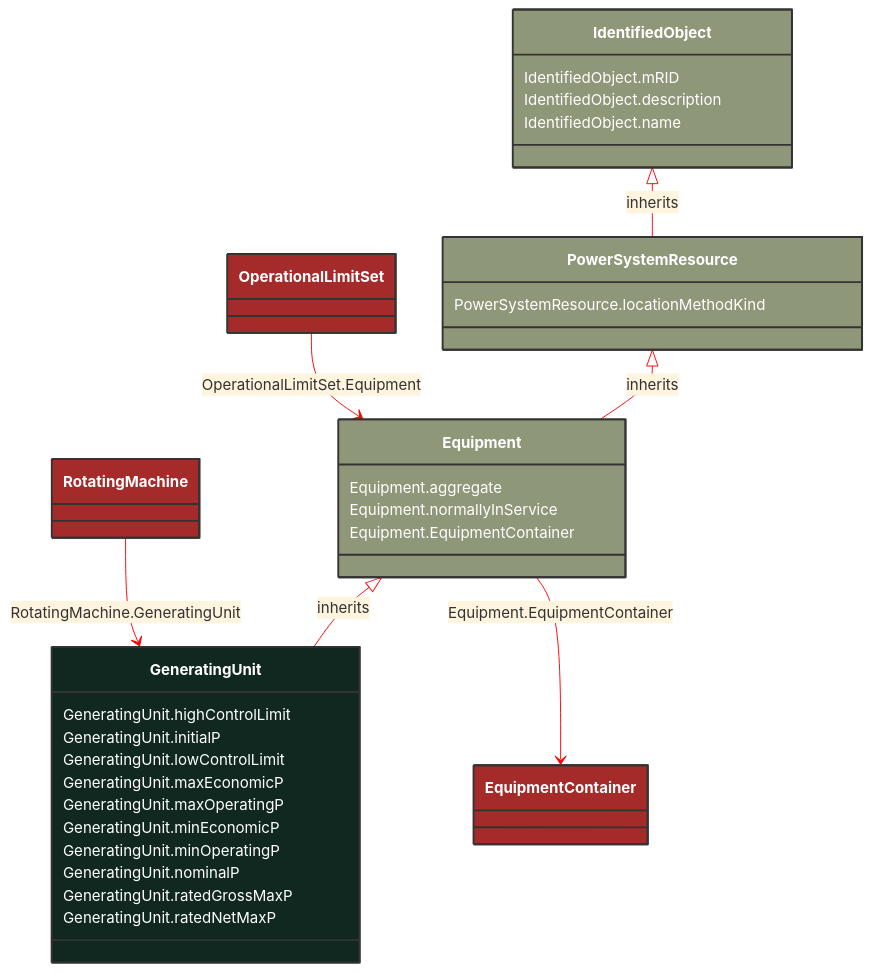
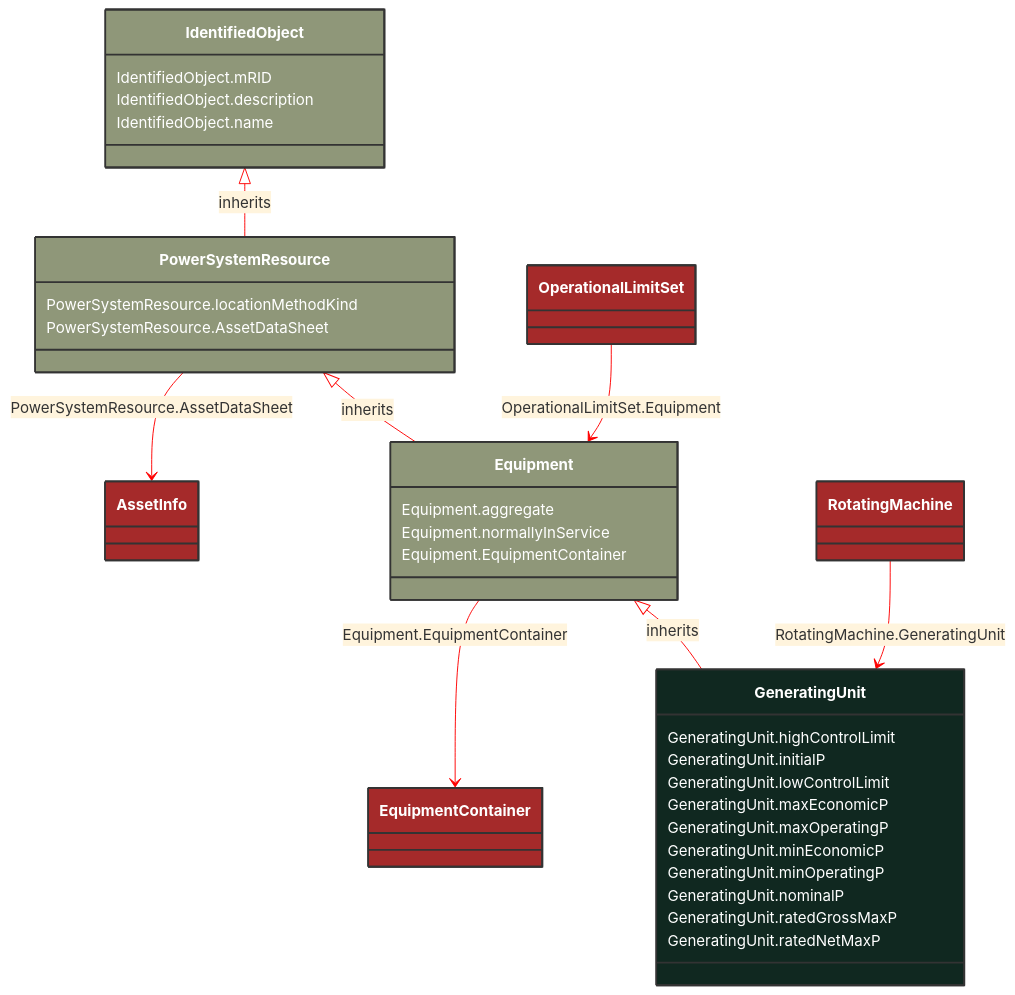
Before and after one commit to 3lbits/NoCIMExtensions: the diagram in docs/Models/Profiles/Telemark-120Equipment/ConcreteClasses/GeneratingUnit.md, drawn with Mermaid. The commit also changed other lines of this file and 297 other files, not shown here.

````diff
--- a/docs/Models/Profiles/Telemark-120Equipment/ConcreteClasses/GeneratingUnit.md
+++ b/docs/Models/Profiles/Telemark-120Equipment/ConcreteClasses/GeneratingUnit.md
@@ -8,56 +8,62 @@
 ```mermaid
 %%{init: {'theme':'base','themeVariables': {'lineColor': '#FF0000'}}}%%
 classDiagram
     class GeneratingUnit
     click GeneratingUnit href "/Models/Profiles/Telemark-120Equipment/ConcreteClasses/GeneratingUnit/"
     style GeneratingUnit fill:#102820,stroke:#333,stroke-width:2px,rx:10,ry:10,color:white
      
         Equipment <|-- GeneratingUnit : inherits
             click Equipment href "/Models/Profiles/Telemark-120Equipment/AbstractClasses/Equipment/"
             style Equipment fill:#8F9779,stroke:#333,stroke-width:2px,rx:10,ry:10,color:white
      
         PowerSystemResource <|-- Equipment : inherits
             click PowerSystemResource href "/Models/Profiles/Telemark-120Equipment/AbstractClasses/PowerSystemResource/"
             style PowerSystemResource fill:#8F9779,stroke:#333,stroke-width:2px,rx:10,ry:10,color:white
      
         IdentifiedObject <|-- PowerSystemResource : inherits
             click IdentifiedObject href "/Models/Profiles/Telemark-120Equipment/AbstractClasses/IdentifiedObject/"
             style IdentifiedObject fill:#8F9779,stroke:#333,stroke-width:2px,rx:10,ry:10,color:white
 
         Equipment --> EquipmentContainer : Equipment.EquipmentContainer
 
         EquipmentContainer
             click EquipmentContainer href "/Models/Profiles/Telemark-120Equipment/AbstractClasses/EquipmentContainer/"
             style EquipmentContainer fill:#A52A2A,stroke:#333,stroke-width:2px,rx:10,ry:10,color:white
+        PowerSystemResource --> AssetInfo : PowerSystemResource.AssetDataSheet
+
+        AssetInfo
+            click AssetInfo href "/Models/Profiles/Telemark-120Equipment/ConcreteClasses/AssetInfo/"
+            style AssetInfo fill:#A52A2A,stroke:#333,stroke-width:2px,rx:10,ry:10,color:white
 
         OperationalLimitSet --> Equipment : OperationalLimitSet.Equipment
 
         OperationalLimitSet
             click OperationalLimitSet href "/Models/Profiles/Telemark-120Equipment/ConcreteClasses/OperationalLimitSet/"
             style OperationalLimitSet fill:#A52A2A,stroke:#333,stroke-width:2px,rx:10,ry:10,color:white
 
         RotatingMachine --> GeneratingUnit : RotatingMachine.GeneratingUnit
 
         RotatingMachine
             click RotatingMachine href "/Models/Profiles/Telemark-120Equipment/AbstractClasses/RotatingMachine/"
             style RotatingMachine fill:#A52A2A,stroke:#333,stroke-width:2px,rx:10,ry:10,color:white
 
 
         GeneratingUnit : GeneratingUnit.highControlLimit
         GeneratingUnit : GeneratingUnit.initialP
         GeneratingUnit : GeneratingUnit.lowControlLimit
         GeneratingUnit : GeneratingUnit.maxEconomicP
         GeneratingUnit : GeneratingUnit.maxOperatingP
         GeneratingUnit : GeneratingUnit.minEconomicP
         GeneratingUnit : GeneratingUnit.minOperatingP
         GeneratingUnit : GeneratingUnit.nominalP
         GeneratingUnit : GeneratingUnit.ratedGrossMaxP
         GeneratingUnit : GeneratingUnit.ratedNetMaxP
         Equipment : Equipment.aggregate
         Equipment : Equipment.normallyInService
         Equipment : Equipment.EquipmentContainer
         PowerSystemResource : PowerSystemResource.locationMethodKind
+        PowerSystemResource : PowerSystemResource.AssetDataSheet
         IdentifiedObject : IdentifiedObject.mRID
         IdentifiedObject : IdentifiedObject.description
         IdentifiedObject : IdentifiedObject.name
 ```
````
